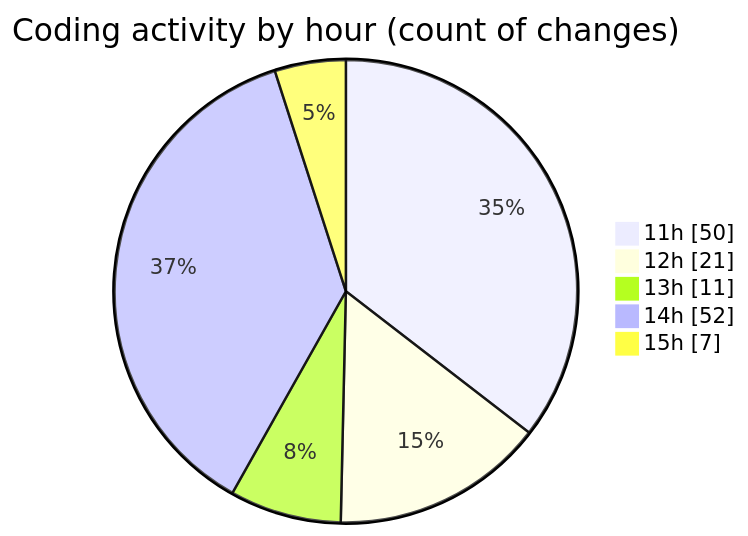
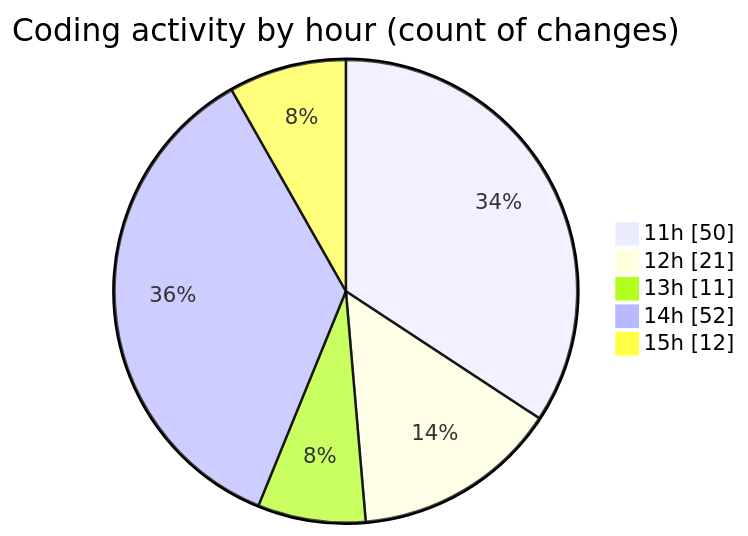
Before and after one commit to tmsrecording-cyber/code-tracking: the second of 2 diagrams in 2026-02-06/singularitybrainai/README.md, drawn with Mermaid. The commit also changed other lines of this file and 1 other file, not shown here.

````diff
--- a/2026-02-06/singularitybrainai/README.md
+++ b/2026-02-06/singularitybrainai/README.md
@@ -42,9 +42,9 @@
 ```mermaid
 pie showData
 title Coding activity by hour (count of changes)
 "11h" : 50
 "12h" : 21
 "13h" : 11
 "14h" : 52
-"15h" : 7
+"15h" : 12
 ```
````
